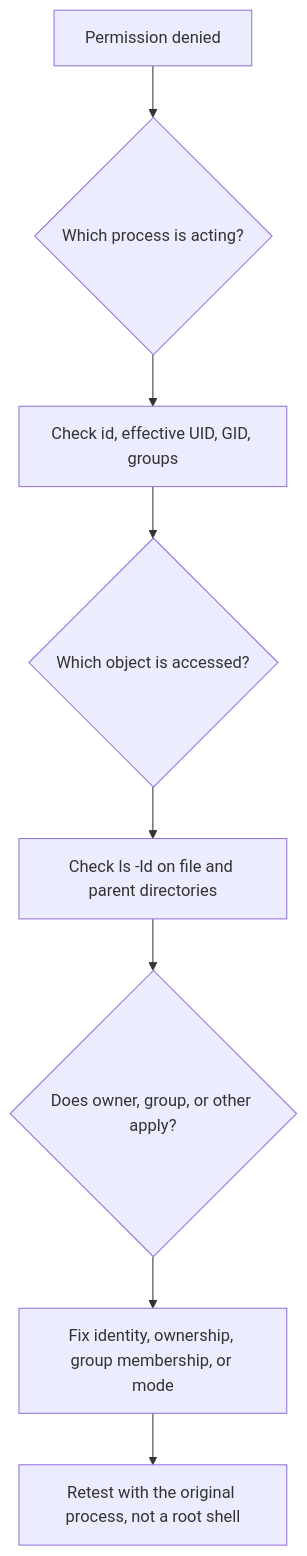
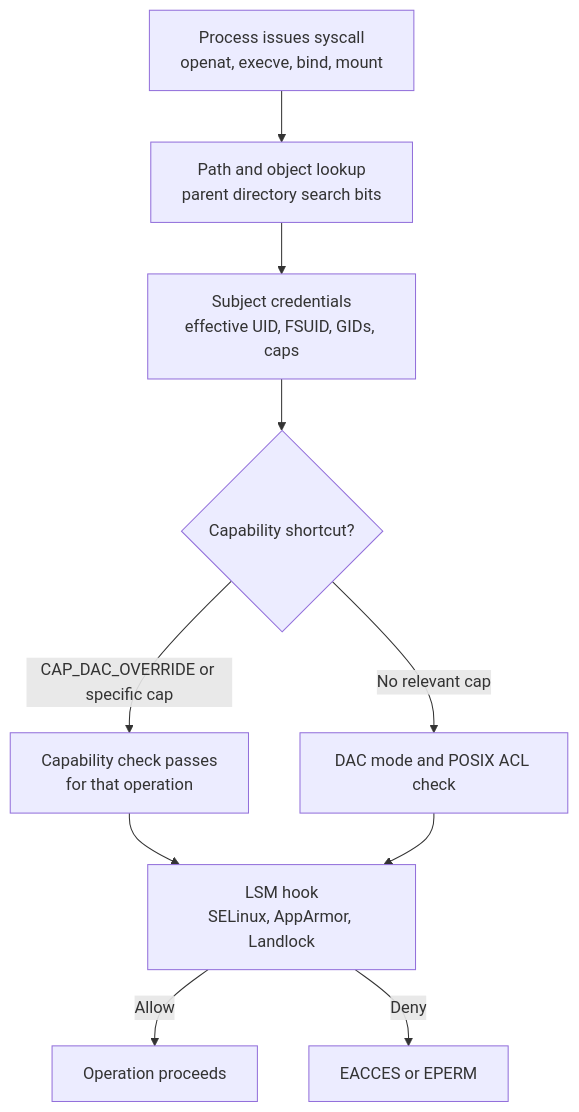
The first of 2 diagrams in src/content/docs/linux/foundations/system-essentials/module-1.4-users-permissions.md (kube-dojo/kube-dojo), drawn with Mermaid before and after one commit. The commit also changed other lines of this file, not shown here.

````diff
--- a/src/content/docs/linux/foundations/system-essentials/module-1.4-users-permissions.md
+++ b/src/content/docs/linux/foundations/system-essentials/module-1.4-users-permissions.md
@@ -556,10 +92,12 @@
 ```mermaid
 flowchart TD
-    A["Permission denied"] --> B{"Which process is acting?"}
-    B --> C["Check id, effective UID, GID, groups"]
-    C --> D{"Which object is accessed?"}
-    D --> E["Check ls -ld on file and parent directories"]
-    E --> F{"Does owner, group, or other apply?"}
-    F --> G["Fix identity, ownership, group membership, or mode"]
-    G --> H["Retest with the original process, not a root shell"]
+    A[Process issues syscall<br/>openat, execve, bind, mount] --> B[Path and object lookup<br/>parent directory search bits]
+    B --> C[Subject credentials<br/>effective UID, FSUID, GIDs, caps]
+    C --> D{Capability shortcut?}
+    D -->|CAP_DAC_OVERRIDE or specific cap| E[Capability check passes<br/>for that operation]
+    D -->|No relevant cap| F[DAC mode and POSIX ACL check]
+    E --> G[LSM hook<br/>SELinux, AppArmor, Landlock]
+    F --> G
+    G -->|Allow| H[Operation proceeds]
+    G -->|Deny| I[EACCES or EPERM]
 ```
````
